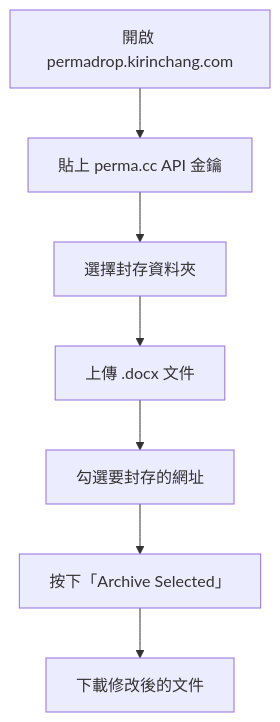
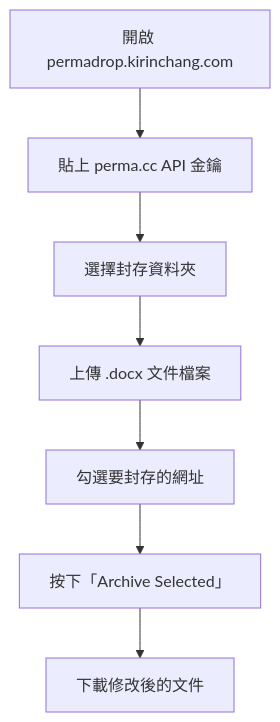
One commit to kirinccchang/permadrop changed the diagram in README.zh-TW.md. Above: the diagram before and after it, drawn with Mermaid. The commit also changed 1 other file, not shown here.

Commit message:
Fix Mermaid parse error caused by parentheses in node labels

````diff
--- a/README.zh-TW.md
+++ b/README.zh-TW.md
@@ -46,9 +46,9 @@
 ```mermaid
 flowchart TD
     A[開啟 permadrop.kirinchang.com] --> B[貼上 perma.cc API 金鑰]
     B --> C[選擇封存資料夾]
-    C --> D[上傳 .docx 文件]
+    C --> D[上傳 .docx 文件檔案]
     D --> E[勾選要封存的網址]
     E --> F[按下「Archive Selected」]
     F --> G[下載修改後的文件]
 ```
````
